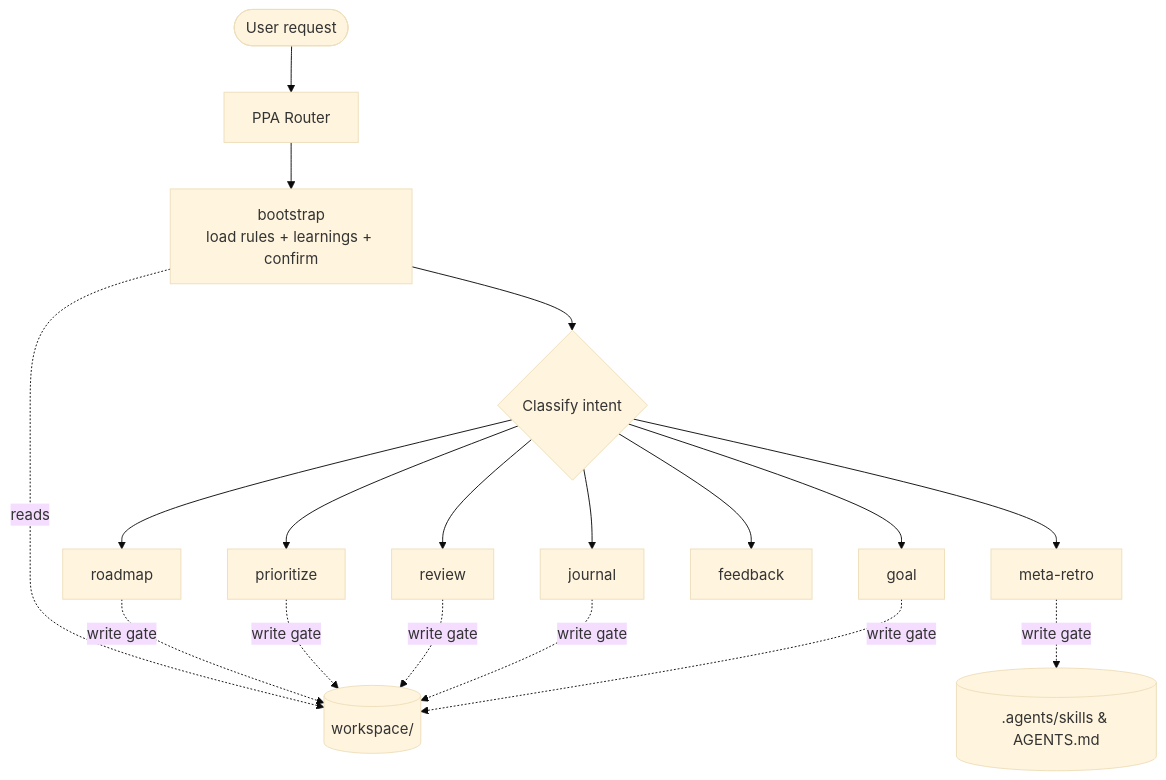
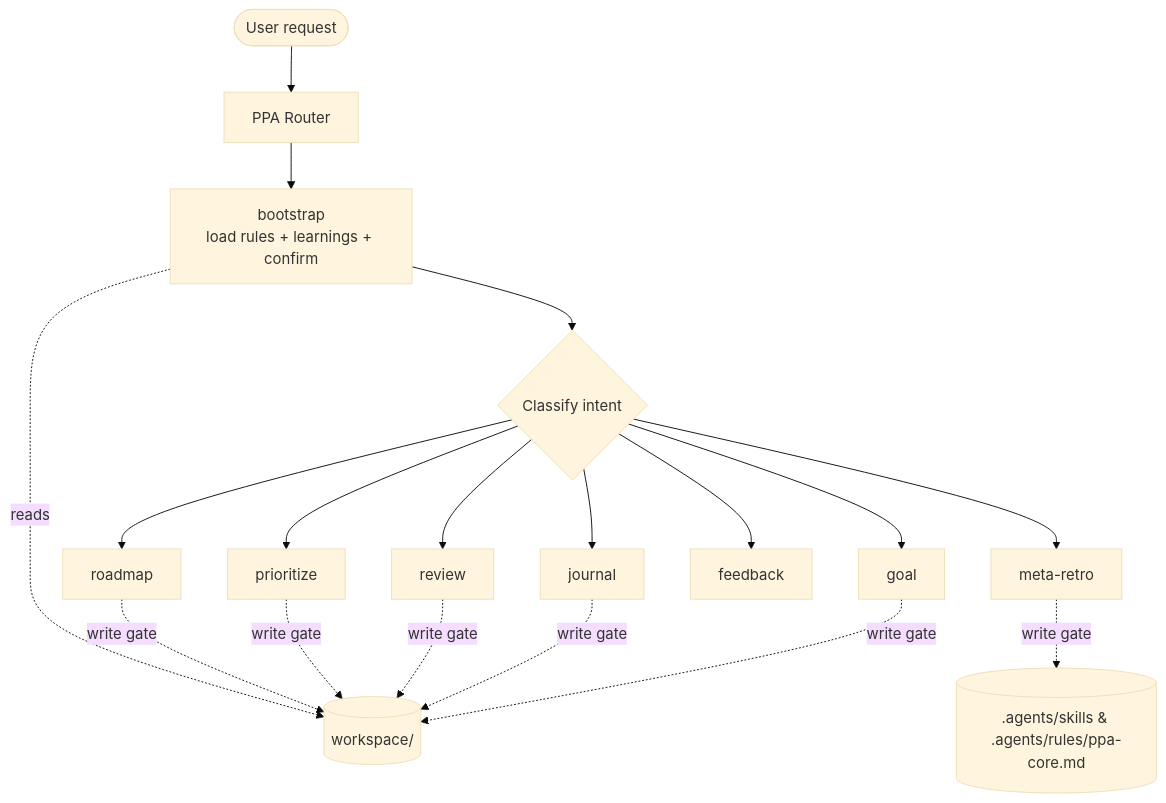
Before and after one commit to hendrik-bene-perdok/personal-performance-assistant: the diagram in README.md, drawn with Mermaid (base theme). The commit also changed other lines of this file and 36 other files, not shown here.

````diff
--- a/README.md
+++ b/README.md
@@ -49,23 +49,23 @@
 ```mermaid
 flowchart TD
     User([User request]) --> Router[PPA Router]
     Router --> Context[bootstrap\nload rules + learnings + confirm]
     Context --> Intent{Classify intent}
 
     Intent --> Goal[goal]
     Intent --> Journal[journal]
     Intent --> Review[review]
     Intent --> Prioritize[prioritize]
     Intent --> Roadmap[roadmap]
     Intent --> Feedback[feedback]
     Intent --> MetaRetro[meta-retro]
 
     Goal -.write gate.-> Workspace[(workspace/)]
     Journal -.write gate.-> Workspace
     Review -.write gate.-> Workspace
     Prioritize -.write gate.-> Workspace
     Roadmap -.write gate.-> Workspace
-    MetaRetro -.write gate.-> Skills[(.agents/skills & AGENTS.md)]
+    MetaRetro -.write gate.-> Skills[(.agents/skills & .agents/rules/ppa-core.md)]
 
     Context -.reads.-> Workspace
 ```
````
